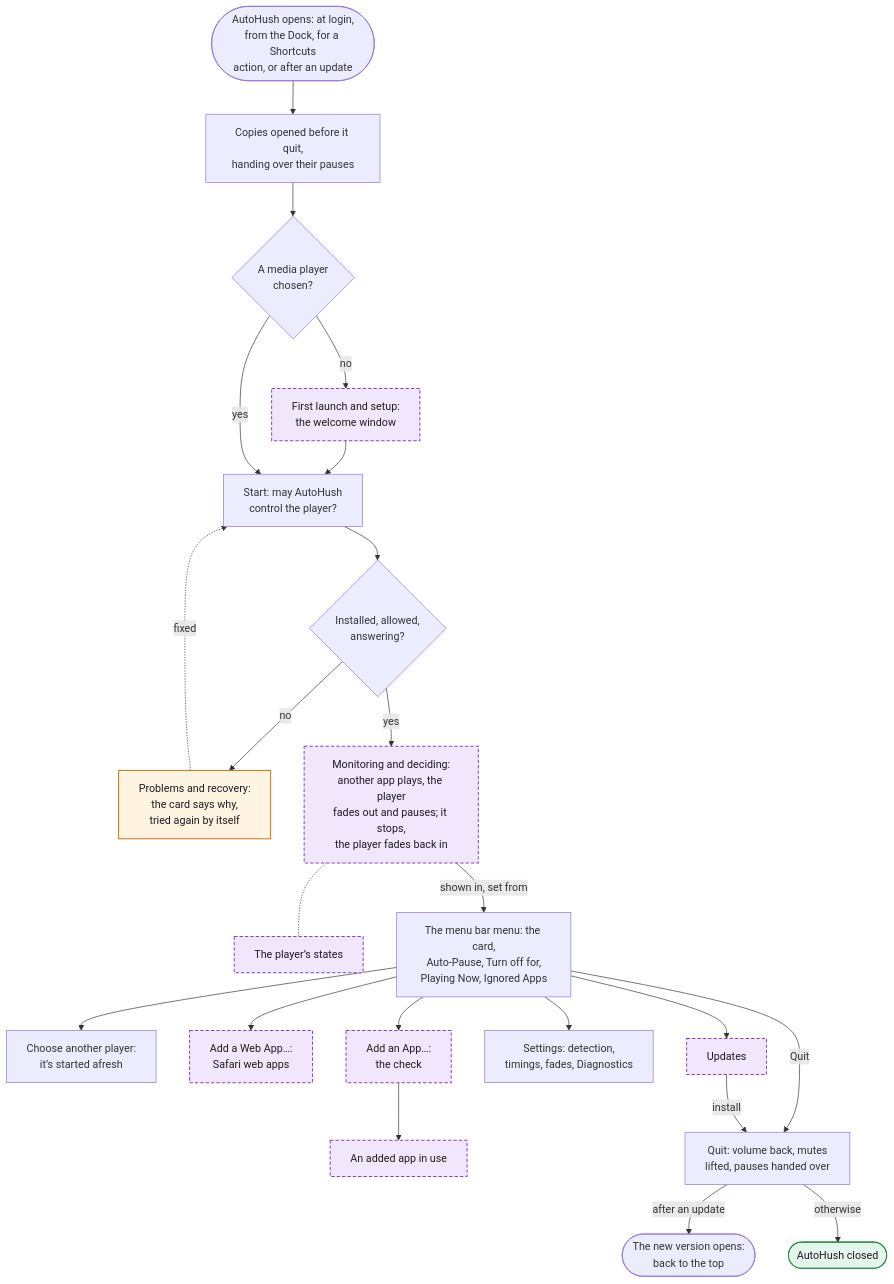
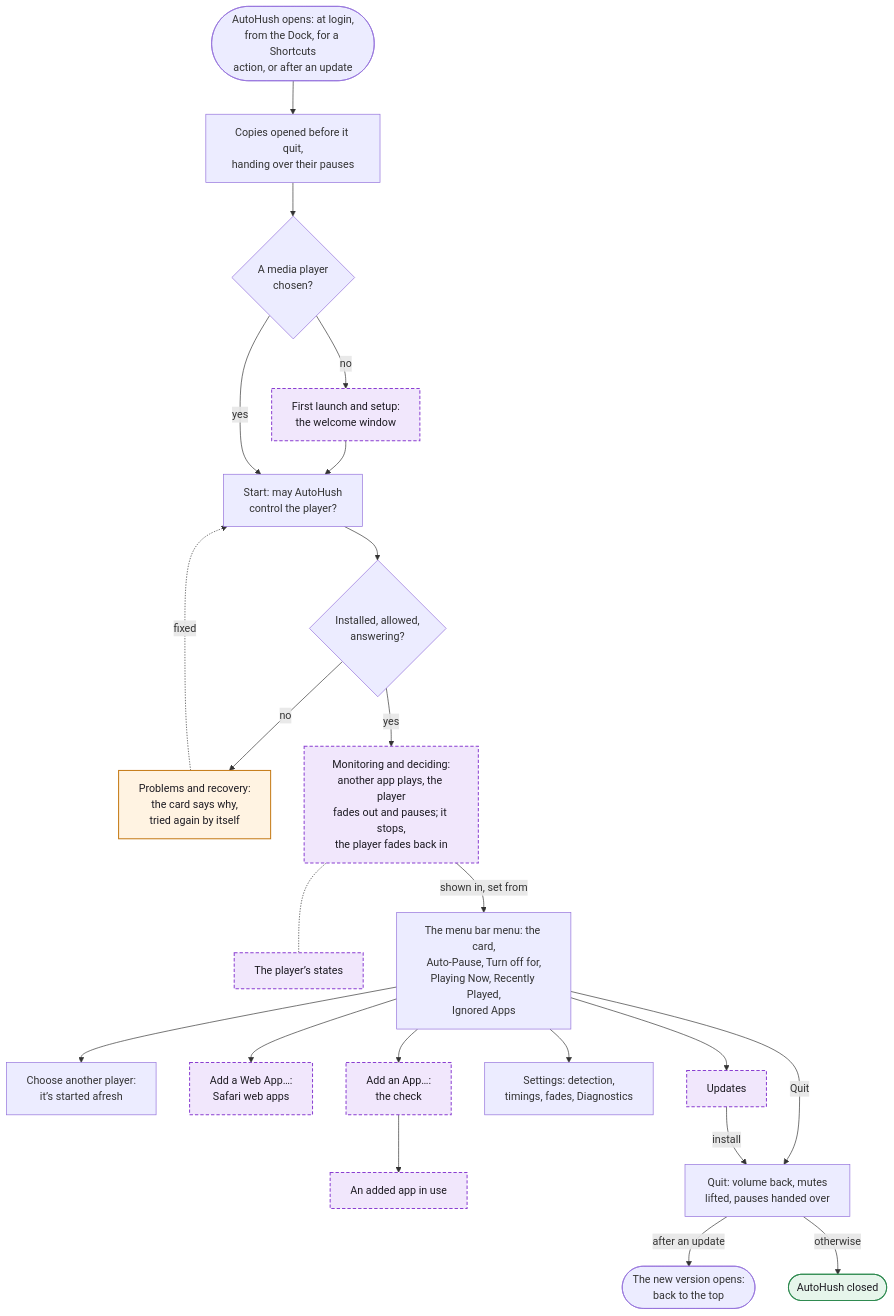
One commit to hfustercabre/AutoHush changed the first of 14 diagrams in WORKFLOWS.md. Above: the diagram before and after it, drawn with Mermaid. The commit also changed other lines of this file and 35 other files, not shown here.

First line of the commit message:
feat: Recently Played in the menu, display apps' volume sound ignored, Settings' Sound Sources page

````diff
--- a/WORKFLOWS.md
+++ b/WORKFLOWS.md
@@ -24,48 +24,48 @@
 ```mermaid
 flowchart TD
   L(["AutoHush opens: at login,<br/>from the Dock, for a Shortcuts<br/>action, or after an update"])
   O["Copies opened before it quit,<br/>handing over their pauses"]
   C{"A media player<br/>chosen?"}
   W["First launch and setup:<br/>the welcome window"]
   S["Start: may AutoHush<br/>control the player?"]
   P{"Installed, allowed,<br/>answering?"}
   R["Problems and recovery:<br/>the card says why,<br/>tried again by itself"]
   M["Monitoring and deciding:<br/>another app plays, the player<br/>fades out and pauses; it stops,<br/>the player fades back in"]
   ST["The player’s states"]
-  MENU["The menu bar menu: the card,<br/>Auto-Pause, Turn off for,<br/>Playing Now, Ignored Apps"]
+  MENU["The menu bar menu: the card,<br/>Auto-Pause, Turn off for,<br/>Playing Now, Recently Played,<br/>Ignored Apps"]
   CH["Choose another player:<br/>it’s started afresh"]
   WA["Add a Web App…:<br/>Safari web apps"]
   AA["Add an App…:<br/>the check"]
   AU["An added app in use"]
   SET["Settings: detection,<br/>timings, fades, Diagnostics"]
   UP["Updates"]
   Q["Quit: volume back, mutes<br/>lifted, pauses handed over"]
   RL(["The new version opens:<br/>back to the top"])
   QX(["AutoHush closed"])
 
   L --> O --> C
   C -->|"no"| W --> S
   C -->|"yes"| S
   S --> P
   P -->|"no"| R
   R -.->|"fixed"| S
   P -->|"yes"| M
   M -.- ST
   M -->|"shown in, set from"| MENU
   MENU --> CH
   MENU --> WA
   MENU --> AA --> AU
   MENU --> SET
   MENU --> UP
   MENU -->|"Quit"| Q
   UP -->|"install"| Q
   Q -->|"after an update"| RL
   Q -->|"otherwise"| QX
 
   class W,M,ST,WA,AA,AU,UP ref
   class R warn
   class QX done
   classDef ref fill:#f1e7fc,stroke:#8a3fd1,stroke-width:1.5px,stroke-dasharray: 5 3,color:#1d1b22
   classDef warn fill:#fff3e2,stroke:#c47812,stroke-width:1.5px,color:#1d1b22
   classDef done fill:#e6f5eb,stroke:#2f8a50,stroke-width:1.5px,color:#1d1b22
 ```
````
